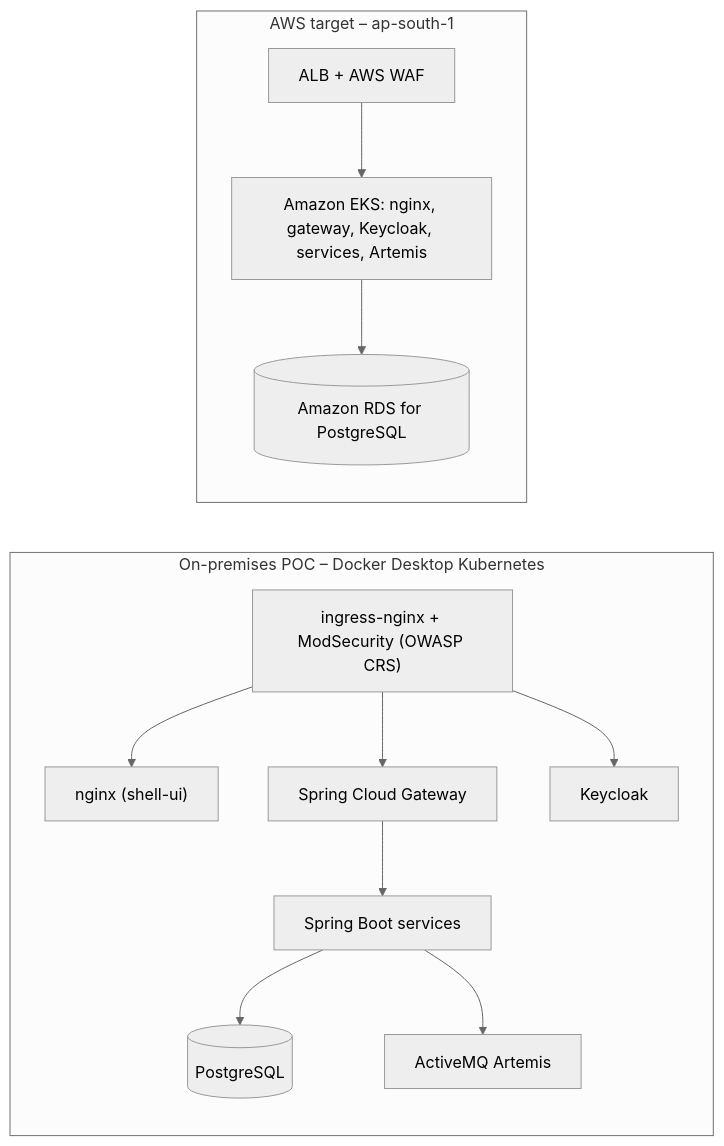
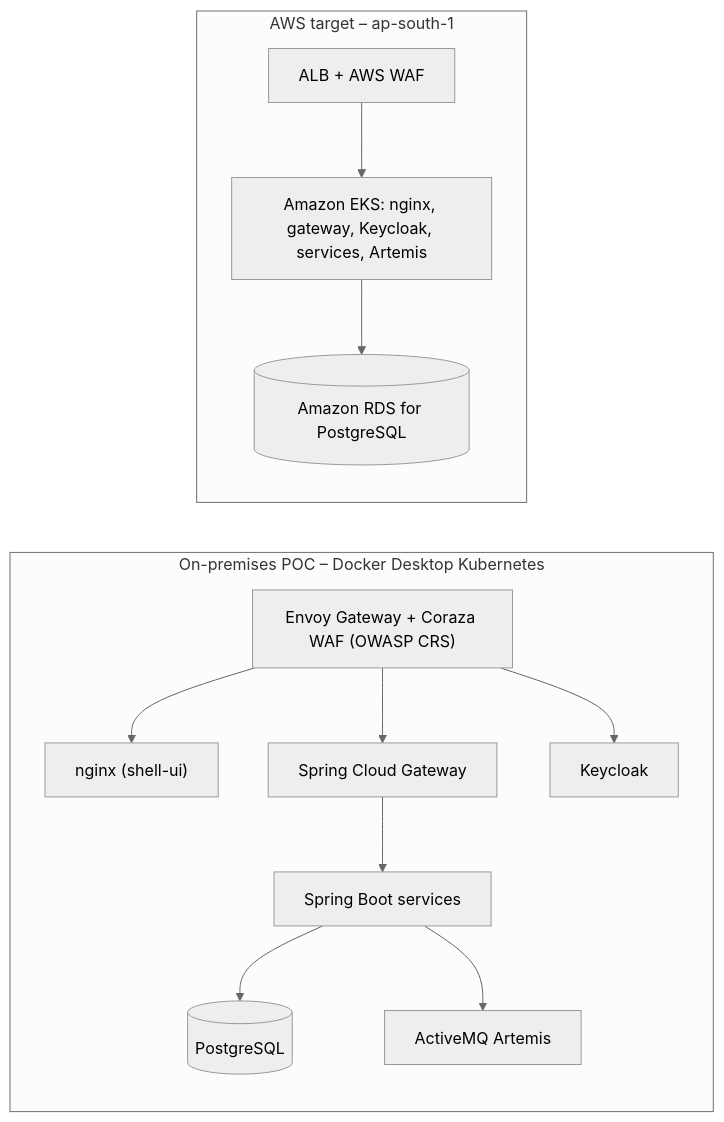
One commit to cp-rajeshverma/PMS changed the fifth of 12 diagrams in docs/03-hld/PMS-HLD-Part01-Architecture-and-Design.md. Above: the diagram before and after it, drawn with Mermaid (neutral theme). The commit also changed other lines of this file and 3 other files, not shown here.

````diff
--- a/docs/03-hld/PMS-HLD-Part01-Architecture-and-Design.md
+++ b/docs/03-hld/PMS-HLD-Part01-Architecture-and-Design.md
@@ -365,11 +367,11 @@
 ```mermaid
 flowchart LR
   subgraph LOCAL["On-premises POC – Docker Desktop Kubernetes"]
-    I1["ingress-nginx + ModSecurity (OWASP CRS)"] --> N1["nginx (shell-ui)"] & G1["Spring Cloud Gateway"] & K1["Keycloak"]
+    I1["Envoy Gateway + Coraza WAF (OWASP CRS)"] --> N1["nginx (shell-ui)"] & G1["Spring Cloud Gateway"] & K1["Keycloak"]
     G1 --> S1["Spring Boot services"] --> P1[("PostgreSQL")] & A1["ActiveMQ Artemis"]
   end
   subgraph AWS["AWS target – ap-south-1"]
     I2["ALB + AWS WAF"] --> E2["Amazon EKS: nginx, gateway, Keycloak, services, Artemis"]
     E2 --> R2[("Amazon RDS for PostgreSQL")]
   end
 ```
````
